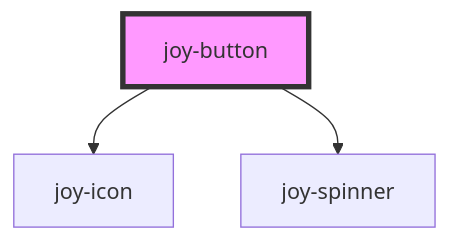
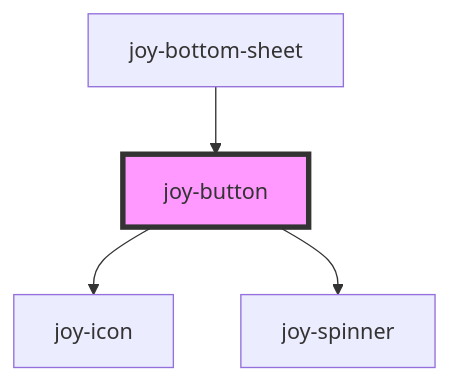
One commit to Maltcommunity/joy changed the diagram in core/src/components/button/readme.md. Above: the diagram before and after it, drawn with Mermaid. The commit also changed other lines of this file and 7 other files, not shown here.

Commit message:
NEW: bottom sheet experimental component

````diff
--- a/core/src/components/button/readme.md
+++ b/core/src/components/button/readme.md
@@ -135,6 +139,7 @@
 ```mermaid
 graph TD;
   joy-button --> joy-icon
   joy-button --> joy-spinner
+  joy-bottom-sheet --> joy-button
   style joy-button fill:#f9f,stroke:#333,stroke-width:4px
 ```
````
